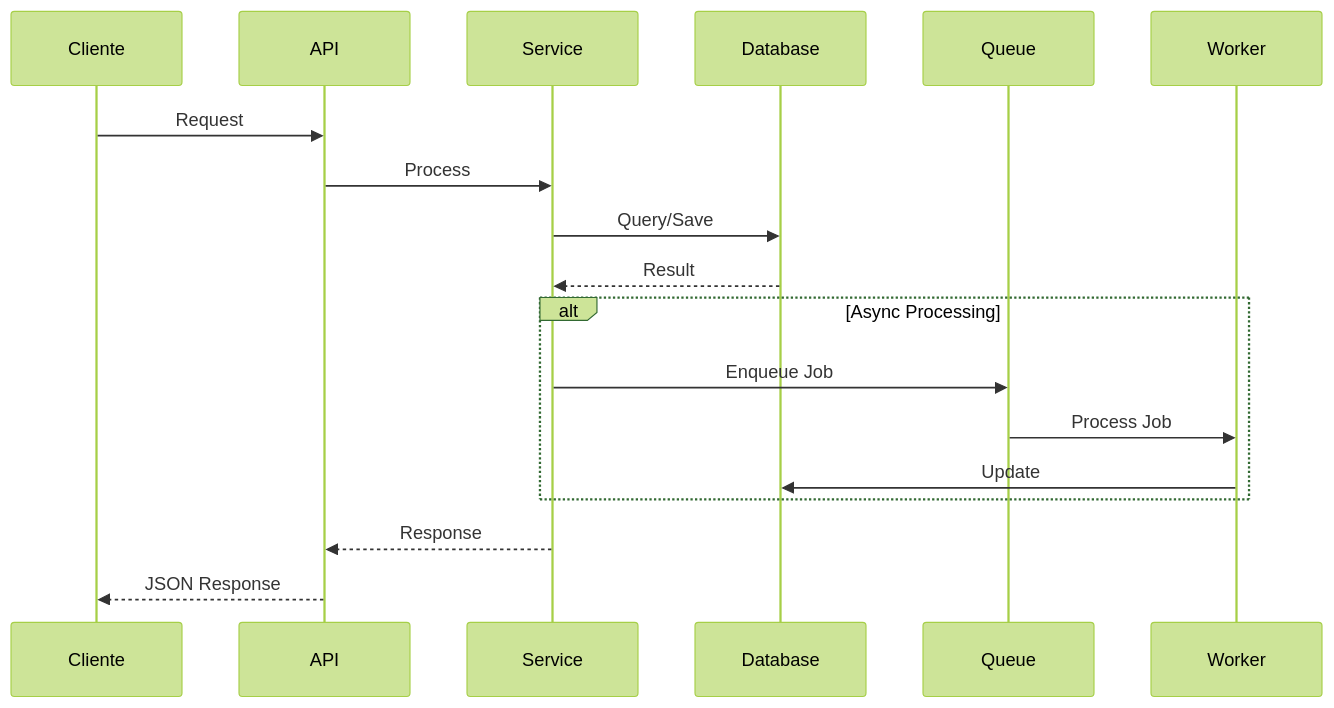
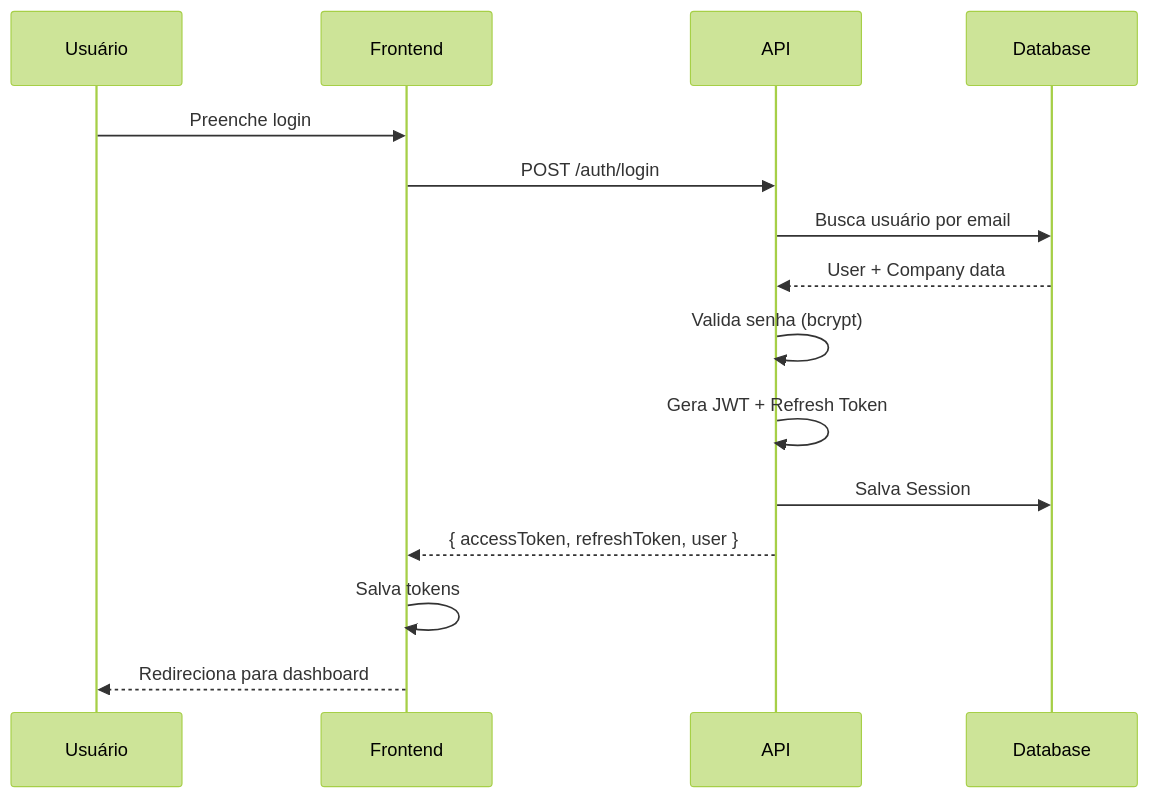
One commit to sebavieira/template-cli-seba changed the second of 2 diagrams in docs/spec/02-arquitetura.md. Above: the diagram before and after it, drawn with Mermaid (forest theme). The commit also changed other lines of this file and 75 other files, not shown here.

````diff
--- a/docs/spec/02-arquitetura.md
+++ b/docs/spec/02-arquitetura.md
@@ -80,23 +117,18 @@
 ```mermaid
 sequenceDiagram
-    participant C as Cliente
+    participant U as Usuário
+    participant F as Frontend
     participant A as API
-    participant S as Service
     participant D as Database
-    participant Q as Queue
-    participant W as Worker
 
-    C->>A: Request
-    A->>S: Process
-    S->>D: Query/Save
-    D-->>S: Result
-
-    alt Async Processing
-        S->>Q: Enqueue Job
-        Q->>W: Process Job
-        W->>D: Update
-    end
-
-    S-->>A: Response
-    A-->>C: JSON Response
+    U->>F: Preenche login
+    F->>A: POST /auth/login
+    A->>D: Busca usuário por email
+    D-->>A: User + Company data
+    A->>A: Valida senha (bcrypt)
+    A->>A: Gera JWT + Refresh Token
+    A->>D: Salva Session
+    A-->>F: { accessToken, refreshToken, user }
+    F->>F: Salva tokens
+    F-->>U: Redireciona para dashboard
 ```
````
